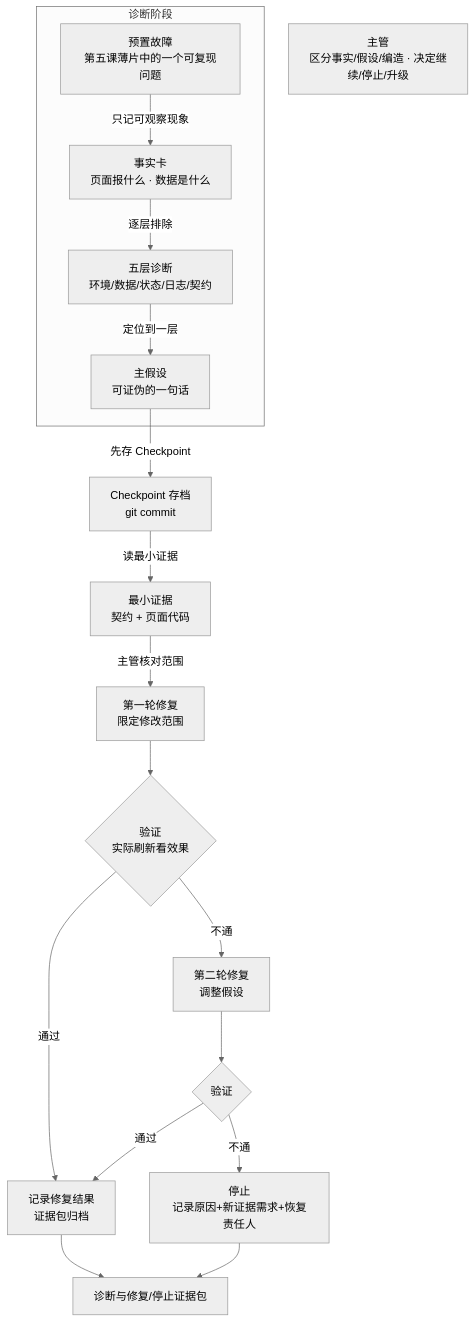
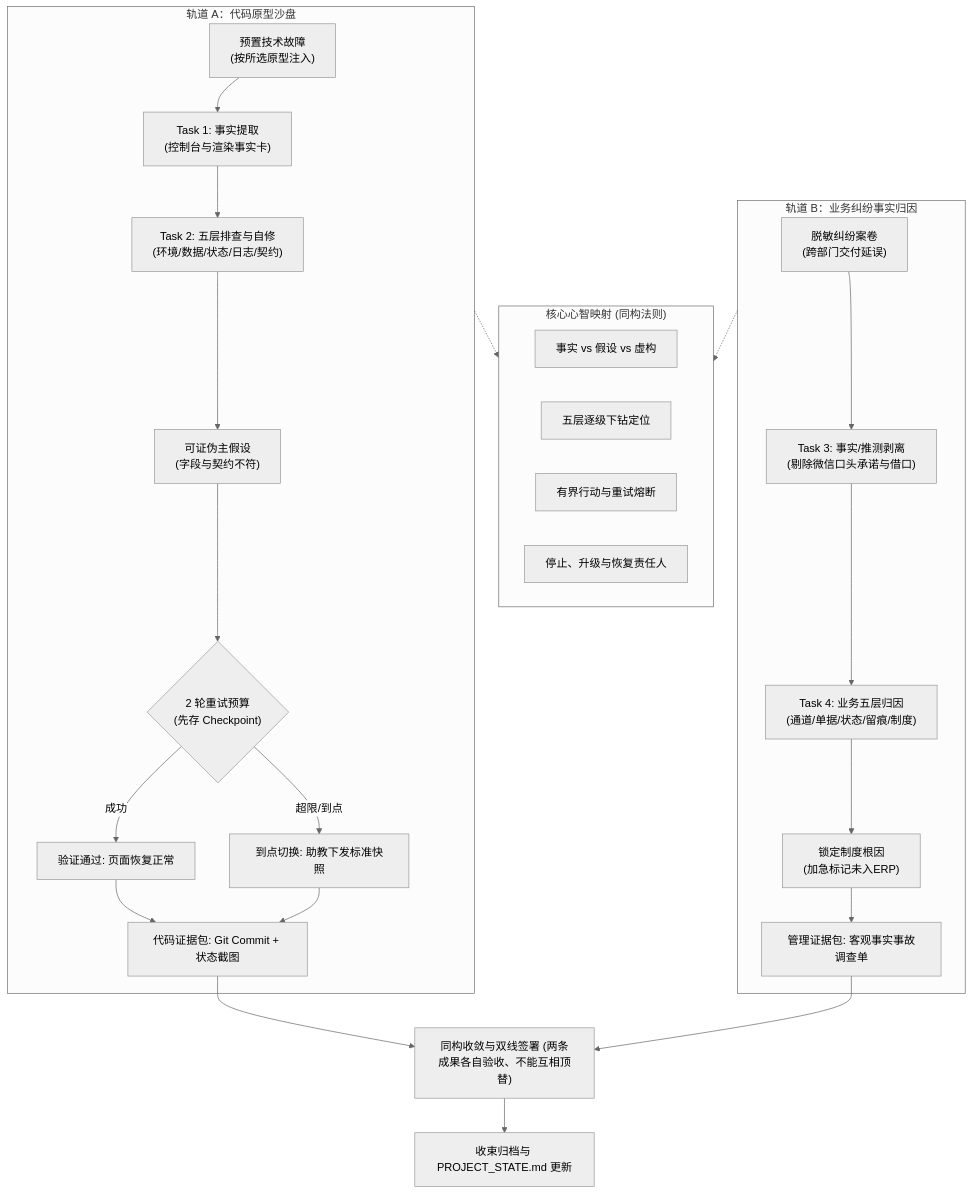
The diagram in lessons/LESSON_06_GUIDE.md (fishfuuu/ai-business-prototype-bootcamp), drawn with Mermaid (neutral theme) before and after one commit. The commit also changed other lines of this file and 1 other file, not shown here.

````diff
--- a/lessons/LESSON_06_GUIDE.md
+++ b/lessons/LESSON_06_GUIDE.md
@@ -35,21 +35,33 @@
 ```mermaid
 flowchart TB
-    H["主管<br/>区分事实/假设/编造 · 决定继续/停止/升级"]
-    F["预置故障<br/>第五课薄片中的一个可复现问题"]
-    subgraph D["诊断阶段"]
-        F -->|"只记可观察现象"| FC["事实卡<br/>页面报什么 · 数据是什么"]
-        FC -->|"逐层排除"| FL["五层诊断<br/>环境/数据/状态/日志/契约"]
-        FL -->|"定位到一层"| HP["主假设<br/>可证伪的一句话"]
+    subgraph TrackA["轨道 A：代码原型沙盘"]
+        A1["预置技术故障<br/>(按所选原型注入)"] --> A2["Task 1: 事实提取<br/>(控制台与渲染事实卡)"]
+        A2 --> A3["Task 2: 五层排查与自修<br/>(环境/数据/状态/日志/契约)"]
+        A3 --> A4["可证伪主假设<br/>(字段与契约不符)"]
+        A4 --> A5{"2 轮重试预算<br/>(先存 Checkpoint)"}
+        A5 -- "成功" --> A6["验证通过: 页面恢复正常"]
+        A5 -- "超限/到点" --> A7["到点切换: 助教下发标准快照"]
+        A6 --> AE["代码证据包: Git Commit + 状态截图"]
+        A7 --> AE
     end
-    HP -->|"先存 Checkpoint"| CK["Checkpoint 存档<br/>git commit"]
-    CK -->|"读最小证据"| EV["最小证据<br/>契约 + 页面代码"]
-    EV -->|"主管核对范围"| R1["第一轮修复<br/>限定修改范围"]
-    R1 --> V1{"验证<br/>实际刷新看效果"}
-    V1 -- "通过" --> REC["记录修复结果<br/>证据包归档"]
-    V1 -- "不通" --> R2["第二轮修复<br/>调整假设"]
-    R2 --> V2{"验证"}
-    V2 -- "通过" --> REC
-    V2 -- "不通" --> STOP["停止<br/>记录原因+新证据需求+恢复责任人"]
-    REC --> OUT["诊断与修复/停止证据包"]
-    STOP --> OUT
+
+    subgraph CoreLogic["核心心智映射 (同构法则)"]
+        M1["事实 vs 假设 vs 虚构"]
+        M2["五层逐级下钻定位"]
+        M3["有界行动与重试熔断"]
+        M4["停止、升级与恢复责任人"]
+    end
+
+    subgraph TrackB["轨道 B：业务纠纷事实归因"]
+        B1["脱敏纠纷案卷<br/>(跨部门交付延误)"] --> B2["Task 3: 事实/推测剥离<br/>(剔除微信口头承诺与借口)"]
+        B2 --> B3["Task 4: 业务五层归因<br/>(通道/单据/状态/留痕/制度)"]
+        B3 --> B4["锁定制度根因<br/>(加急标记未入ERP)"]
+        B4 --> BE["管理证据包: 客观事实事故调查单"]
+    end
+
+    TrackA -.-> CoreLogic
+    TrackB -.-> CoreLogic
+    AE --> S["同构收敛与双线签署 (两条成果各自验收、不能互相顶替)"]
+    BE --> S
+    S --> FIN["收束归档与 PROJECT_STATE.md 更新"]
 ```
````
